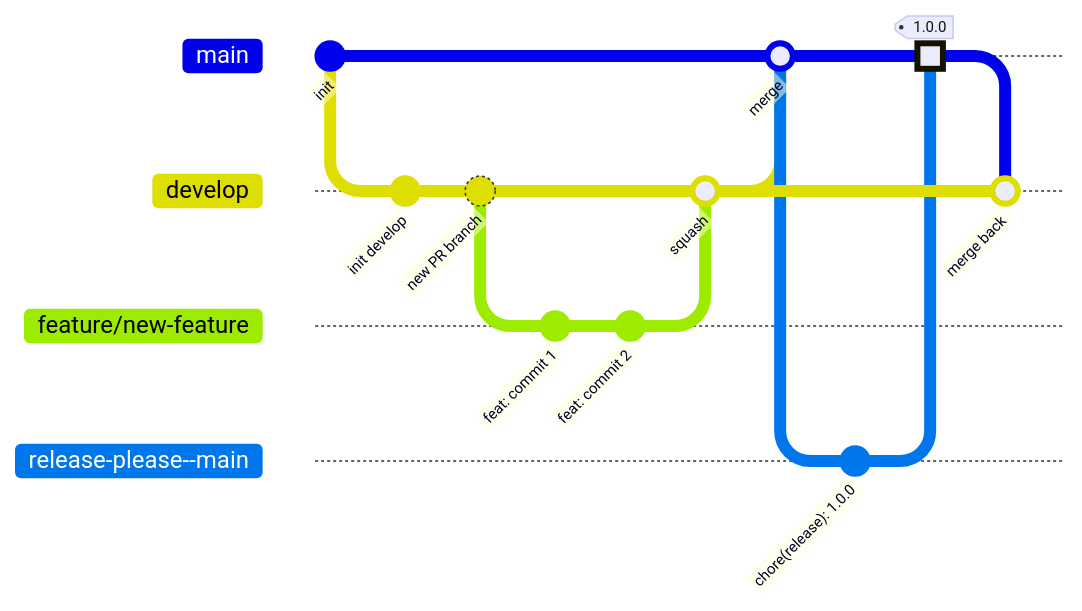
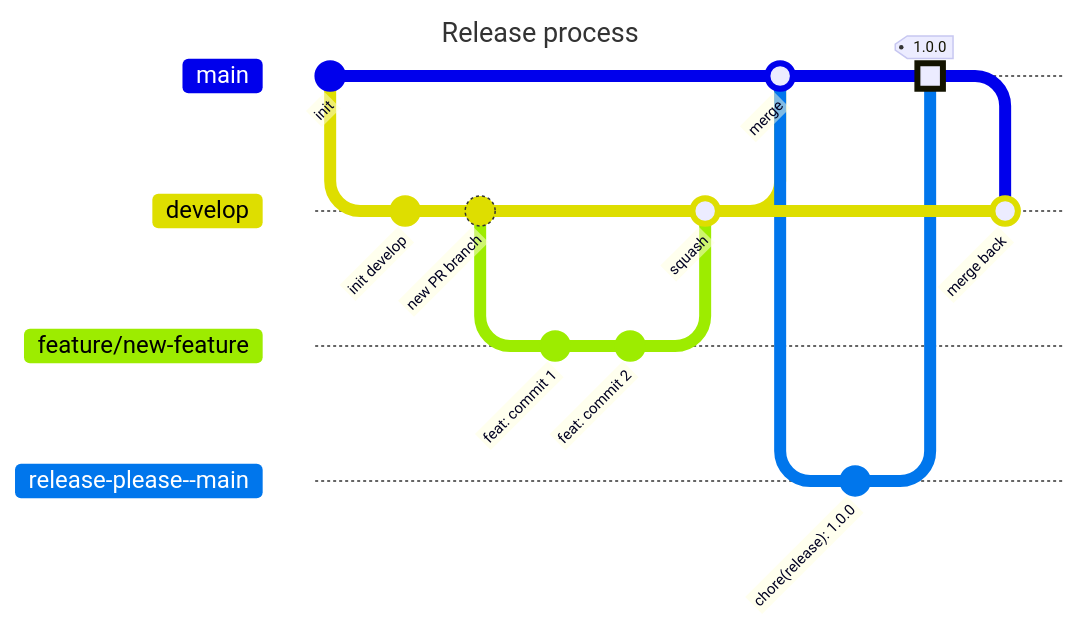
Before and after one commit to dev-seb/github-action-test-backend: the third of 4 diagrams in README.md, drawn with Mermaid. The commit also changed other lines of this file, not shown here.

````diff
--- a/README.md
+++ b/README.md
@@ -117,34 +147,34 @@
 ```mermaid
 ---
-Release process
+title: Release process
 ---
 gitGraph
 commit id: "init"
 
 branch "develop"
 checkout "develop"
 commit id: "init develop"
 
 commit id: "new PR branch"
 
 branch "feature/new-feature"
 checkout "feature/new-feature"
 commit id: "feat: commit 1"
 commit id: "feat: commit 2"
 
 checkout "develop"
 merge "feature/new-feature" id: "squash"
 
 checkout "main"
 merge "develop" id: "merge"
 
 branch "release-please--main"
 checkout "release-please--main"
 commit id: "chore(release): 1.0.0"
 
 checkout "main"
 merge "release-please--main" type: HIGHLIGHT tag: "1.0.0"
 
 checkout "develop"
 merge "main" id: "merge back"
 ```
````
